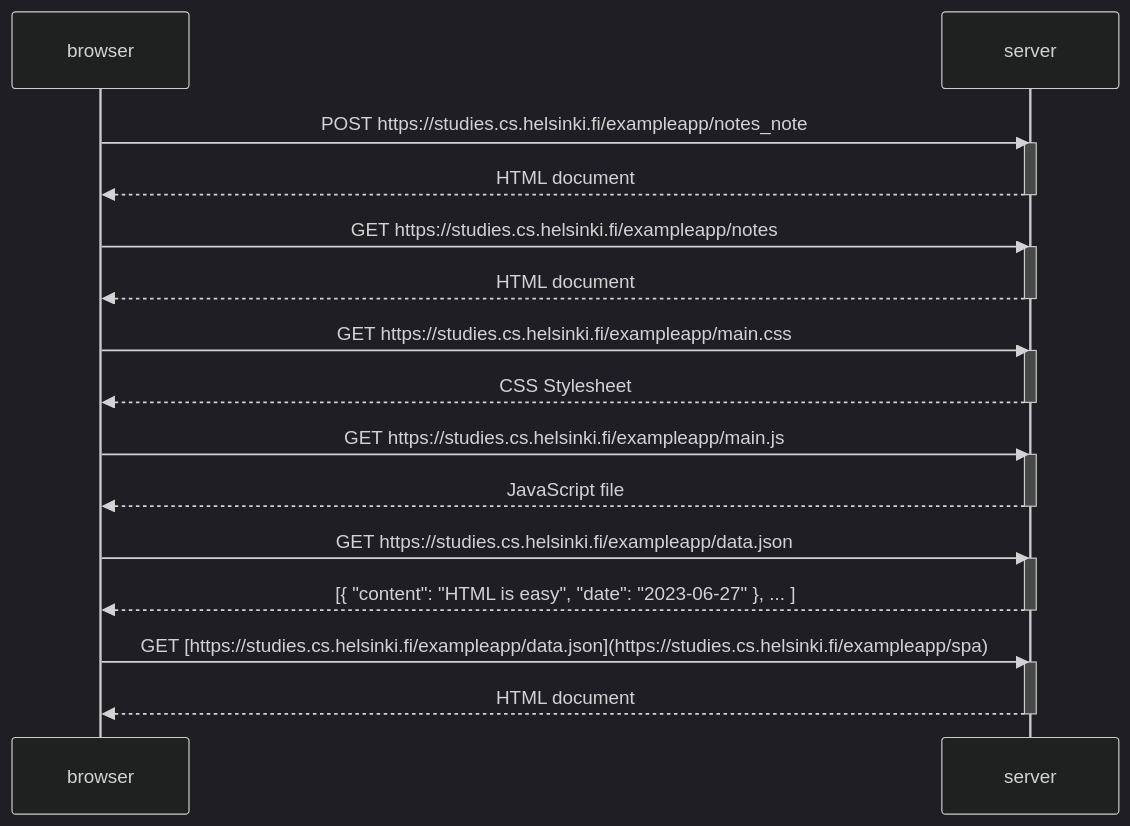
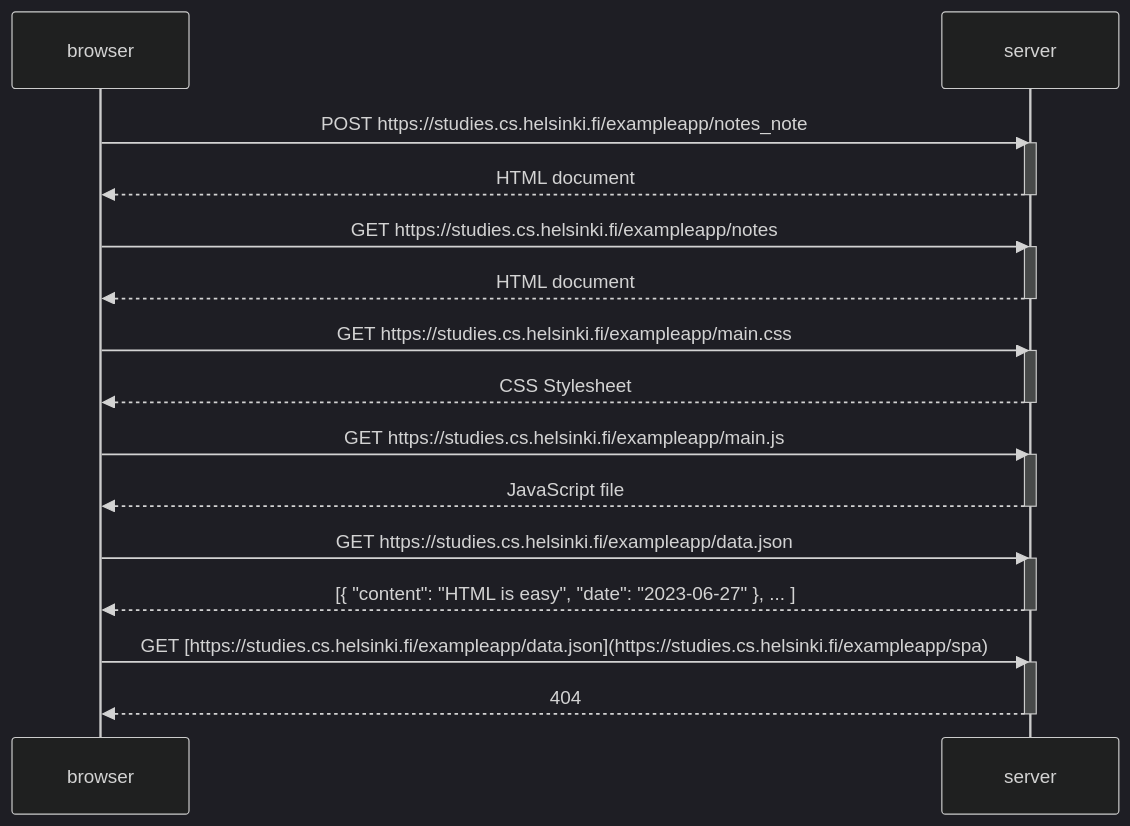
One commit to DJGofficial/WebFullstackJS changed the diagram in part0/singleAppDiagram.md. Above: the diagram before and after it, drawn with Mermaid (dark theme).

````diff
--- a/part0/singleAppDiagram.md
+++ b/part0/singleAppDiagram.md
@@ -1,35 +1,35 @@
 ```mermaid
 sequenceDiagram 
 participant browser 
 participant server
 
 browser->>server: POST https://studies.cs.helsinki.fi/exampleapp/notes_note
 activate server
 server-->>browser: HTML document
 deactivate server
 
 browser->>server: GET https://studies.cs.helsinki.fi/exampleapp/notes
 activate server
 server-->>browser: HTML document
 deactivate server
 
 browser->>server: GET https://studies.cs.helsinki.fi/exampleapp/main.css
 activate server
 server-->>browser: CSS Stylesheet
 deactivate server
 
 browser->>server: GET https://studies.cs.helsinki.fi/exampleapp/main.js
 activate server
 server-->>browser: JavaScript file
 deactivate server
 
 browser->>server: GET https://studies.cs.helsinki.fi/exampleapp/data.json
 activate server
 server-->>browser: [{ "content": "HTML is easy", "date": "2023-06-27" }, ... ]
 deactivate server
 
 browser->>server: GET [https://studies.cs.helsinki.fi/exampleapp/data.json](https://studies.cs.helsinki.fi/exampleapp/spa)
 activate server
-server-->>browser: HTML document
+server-->>browser: 404
 deactivate server
 ```
````
